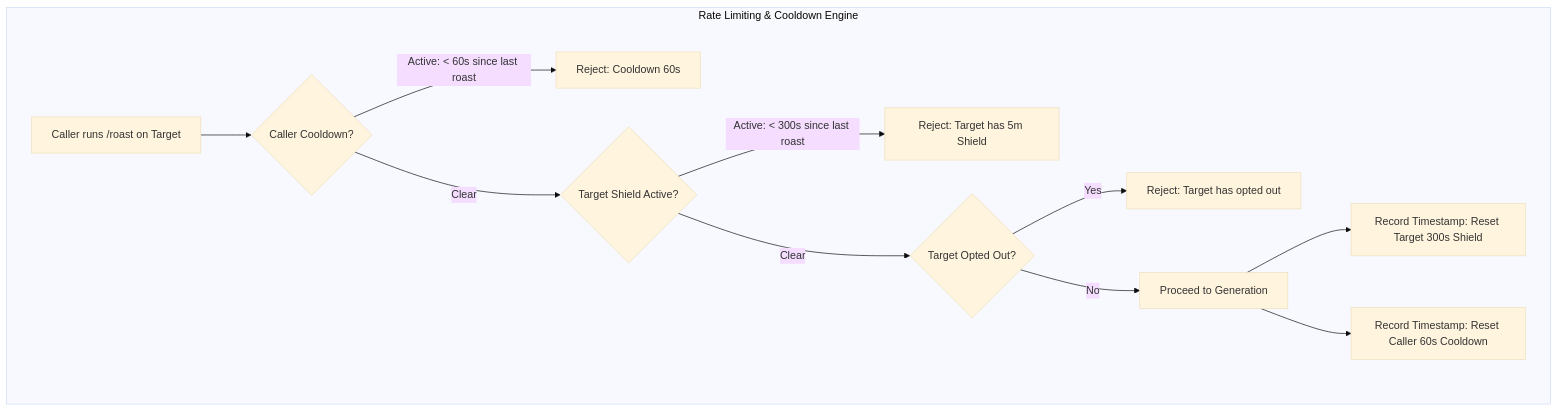
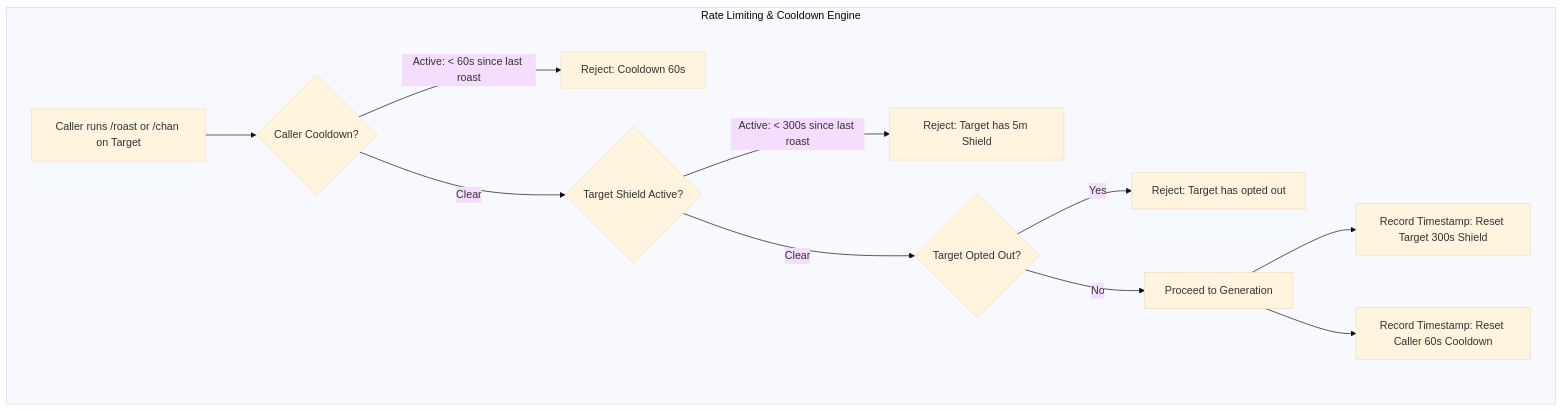
One commit to nthungdev/discord-bot changed the fourth of 6 diagrams in docs/roast-feature-prd.md. Above: the diagram before and after it, drawn with Mermaid (base theme). The commit also changed other lines of this file, not shown here.

Commit message:
docs(roast): support vietnamese and english locales for roast feature (#76)

````diff
--- a/docs/roast-feature-prd.md
+++ b/docs/roast-feature-prd.md
@@ -230,15 +403,15 @@
 ```mermaid
 flowchart TD
     subgraph Rate Limiting & Cooldown Engine
-        C1[Caller runs /roast on Target]
+        C1[Caller runs /roast or /chan on Target]
         C1 --> C2{Caller Cooldown?}
         C2 -->|Active: < 60s since last roast| R1[Reject: Cooldown 60s]
         C2 -->|Clear| C3{Target Shield Active?}
         C3 -->|Active: < 300s since last roast| R2[Reject: Target has 5m Shield]
         C3 -->|Clear| C4{Target Opted Out?}
         C4 -->|Yes| R3[Reject: Target has opted out]
         C4 -->|No| C5[Proceed to Generation]
         C5 --> C6[Record Timestamp: Reset Target 300s Shield]
         C5 --> C7[Record Timestamp: Reset Caller 60s Cooldown]
     end
 ```
````
